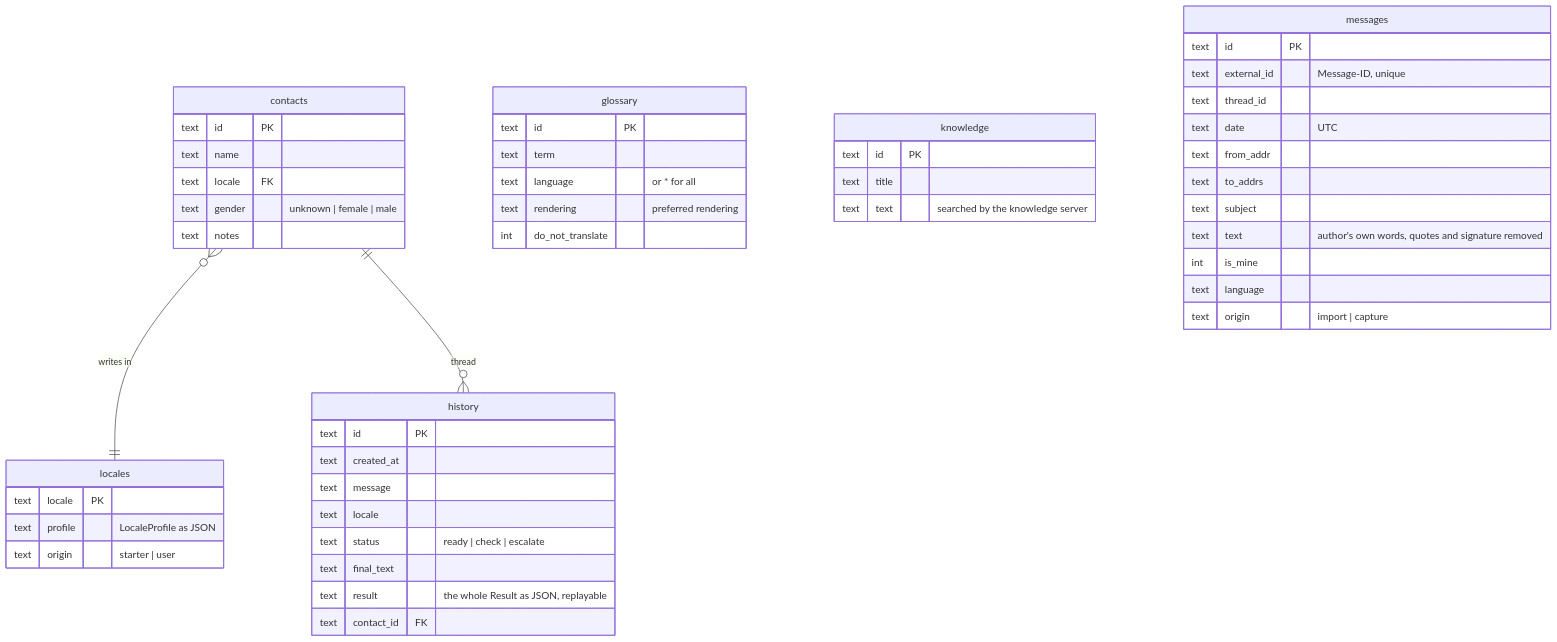
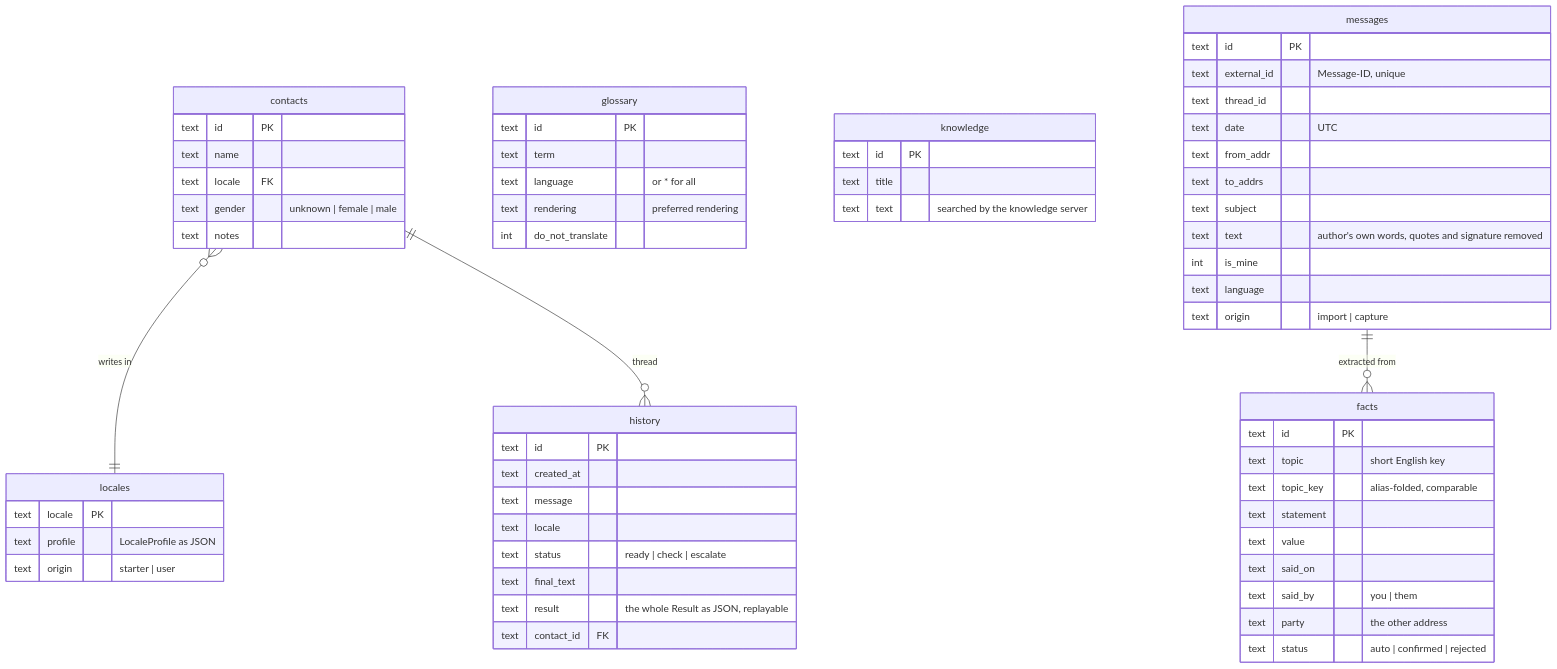
The third of 4 diagrams in docs/ARCHITECTURE.md (Saltef/Localect), drawn with Mermaid before and after one commit. The commit also changed other lines of this file and 38 other files, not shown here.

````diff
--- a/docs/ARCHITECTURE.md
+++ b/docs/ARCHITECTURE.md
@@ -155,52 +155,64 @@
 ```mermaid
 erDiagram
     contacts }o--|| locales : "writes in"
     contacts ||--o{ history : "thread"
     locales {
         text locale PK
         text profile "LocaleProfile as JSON"
         text origin "starter | user"
     }
     contacts {
         text id PK
         text name
         text locale FK
         text gender "unknown | female | male"
         text notes
     }
     glossary {
         text id PK
         text term
         text language "or * for all"
         text rendering "preferred rendering"
         int do_not_translate
     }
     knowledge {
         text id PK
         text title
         text text "searched by the knowledge server"
     }
+    messages ||--o{ facts : "extracted from"
+    facts {
+        text id PK
+        text topic "short English key"
+        text topic_key "alias-folded, comparable"
+        text statement
+        text value
+        text said_on
+        text said_by "you | them"
+        text party "the other address"
+        text status "auto | confirmed | rejected"
+    }
     messages {
         text id PK
         text external_id "Message-ID, unique"
         text thread_id
         text date "UTC"
         text from_addr
         text to_addrs
         text subject
         text text "author's own words, quotes and signature removed"
         int is_mine
         text language
         text origin "import | capture"
     }
     history {
         text id PK
         text created_at
         text message
         text locale
         text status "ready | check | escalate"
         text final_text
         text result "the whole Result as JSON, replayable"
         text contact_id FK
     }
 ```
````
